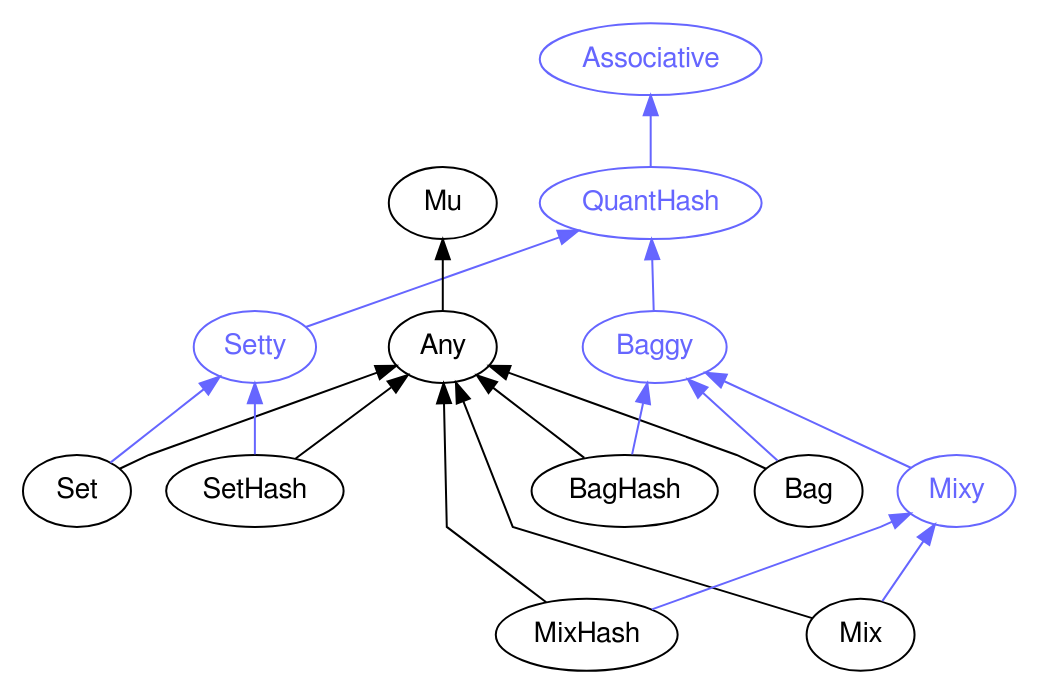
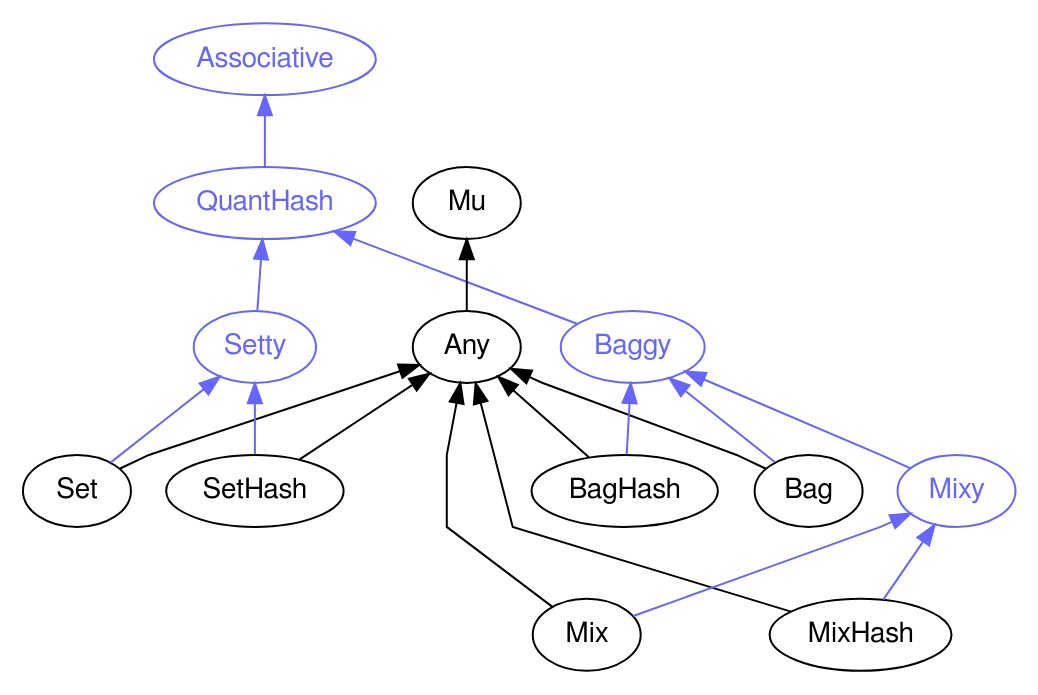
Before and after one commit to perl6docs/perl6docs.github.io: the diagram in images/type-graph-QuantHash.svg.dot, drawn with Graphviz. The commit also changed other lines of this file and 4525 other files, not shown here.

```diff
--- a/images/type-graph-QuantHash.svg.dot
+++ b/images/type-graph-QuantHash.svg.dot
@@ -1,40 +1,40 @@
 digraph "perl6-type-graph" {
     rankdir=BT;
     splines=polyline;
     overlap=false; 
     // Types
     "QuantHash" [color="#6666FF", fontcolor="#6666FF", href="/type/QuantHash", fontname="FreeSans"];
     "Associative" [color="#6666FF", fontcolor="#6666FF", href="/type/Associative", fontname="FreeSans"];
+    "Setty" [color="#6666FF", fontcolor="#6666FF", href="/type/Setty", fontname="FreeSans"];
     "Baggy" [color="#6666FF", fontcolor="#6666FF", href="/type/Baggy", fontname="FreeSans"];
-    "Setty" [color="#6666FF", fontcolor="#6666FF", href="/type/Setty", fontname="FreeSans"];
-    "Mixy" [color="#6666FF", fontcolor="#6666FF", href="/type/Mixy", fontname="FreeSans"];
     "Mu" [color="#000000", fontcolor="#000000", href="/type/Mu", fontname="FreeSans"];
     "Any" [color="#000000", fontcolor="#000000", href="/type/Any", fontname="FreeSans"];
+    "Set" [color="#000000", fontcolor="#000000", href="/type/Set", fontname="FreeSans"];
+    "SetHash" [color="#000000", fontcolor="#000000", href="/type/SetHash", fontname="FreeSans"];
     "Bag" [color="#000000", fontcolor="#000000", href="/type/Bag", fontname="FreeSans"];
     "BagHash" [color="#000000", fontcolor="#000000", href="/type/BagHash", fontname="FreeSans"];
-    "Set" [color="#000000", fontcolor="#000000", href="/type/Set", fontname="FreeSans"];
-    "SetHash" [color="#000000", fontcolor="#000000", href="/type/SetHash", fontname="FreeSans"];
+    "Mixy" [color="#6666FF", fontcolor="#6666FF", href="/type/Mixy", fontname="FreeSans"];
+    "MixHash" [color="#000000", fontcolor="#000000", href="/type/MixHash", fontname="FreeSans"];
     "Mix" [color="#000000", fontcolor="#000000", href="/type/Mix", fontname="FreeSans"];
-    "MixHash" [color="#000000", fontcolor="#000000", href="/type/MixHash", fontname="FreeSans"];
 
     // Superclasses
     "Any" -> "Mu" [color="#000000"];
+    "Set" -> "Any" [color="#000000"];
+    "SetHash" -> "Any" [color="#000000"];
     "Bag" -> "Any" [color="#000000"];
     "BagHash" -> "Any" [color="#000000"];
-    "Set" -> "Any" [color="#000000"];
-    "SetHash" -> "Any" [color="#000000"];
+    "MixHash" -> "Any" [color="#000000"];
     "Mix" -> "Any" [color="#000000"];
-    "MixHash" -> "Any" [color="#000000"];
 
     // Roles
     "QuantHash" -> "Associative" [color="#6666FF"];
+    "Setty" -> "QuantHash" [color="#6666FF"];
     "Baggy" -> "QuantHash" [color="#6666FF"];
-    "Setty" -> "QuantHash" [color="#6666FF"];
-    "Mixy" -> "Baggy" [color="#6666FF"];
+    "Set" -> "Setty" [color="#6666FF"];
+    "SetHash" -> "Setty" [color="#6666FF"];
     "Bag" -> "Baggy" [color="#6666FF"];
     "BagHash" -> "Baggy" [color="#6666FF"];
-    "Set" -> "Setty" [color="#6666FF"];
-    "SetHash" -> "Setty" [color="#6666FF"];
+    "Mixy" -> "Baggy" [color="#6666FF"];
+    "MixHash" -> "Mixy" [color="#6666FF"];
     "Mix" -> "Mixy" [color="#6666FF"];
-    "MixHash" -> "Mixy" [color="#6666FF"];
 }
```
